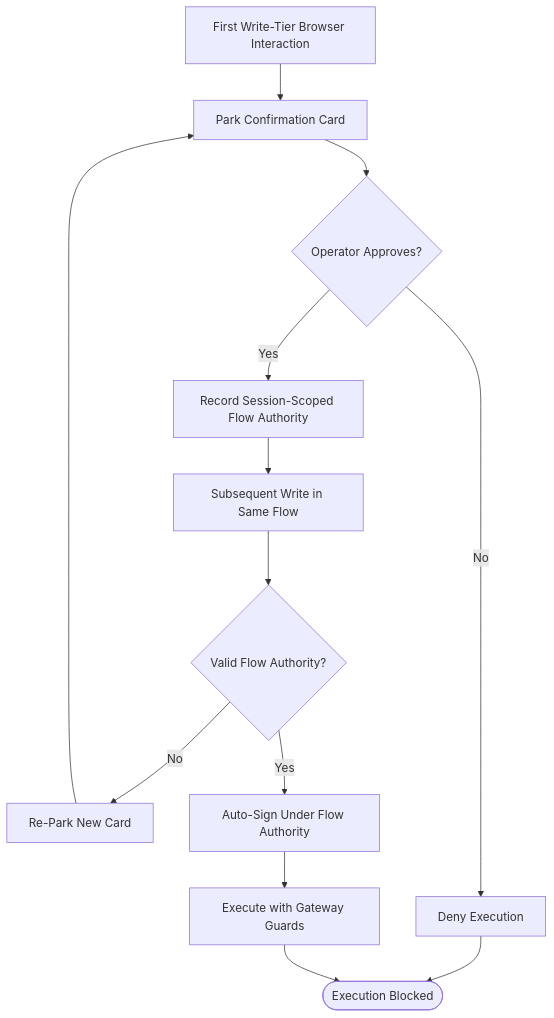
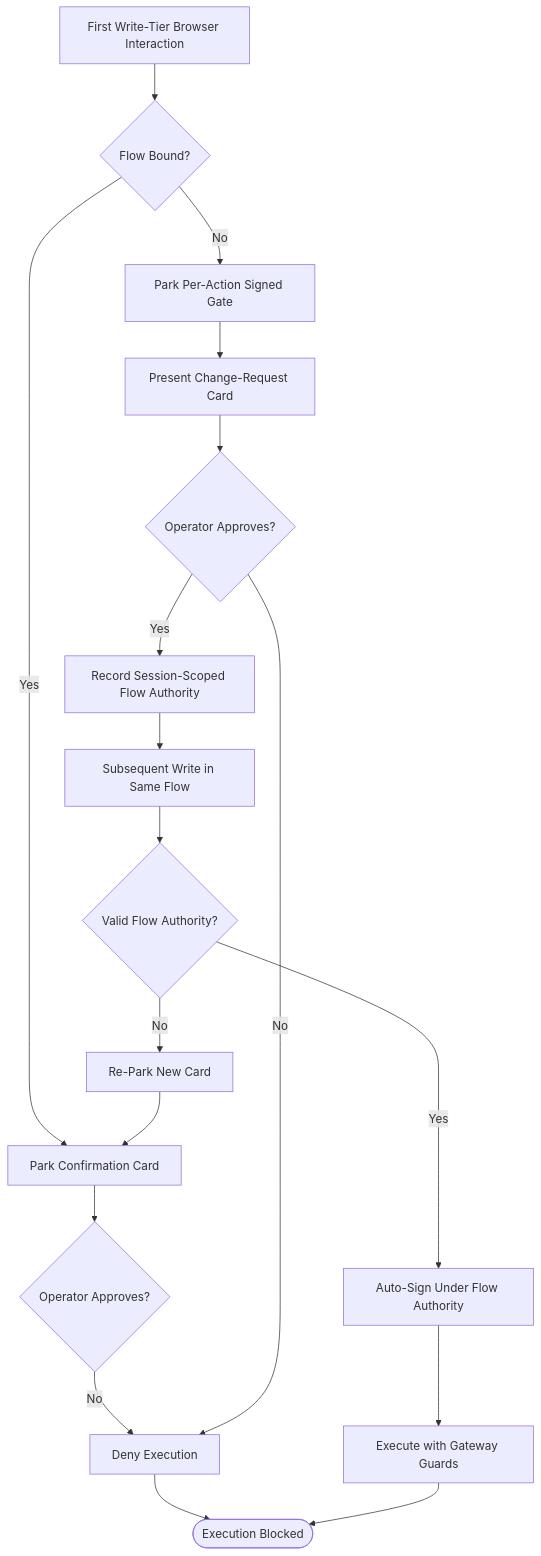
The eighth of 12 diagrams in .qoder/repowiki/en/content/Security Guide/Security Guide.md (metasync/luban-aiops), drawn with Mermaid before and after one commit. The commit also changed other lines of this file and 24 other files, not shown here.

````diff
--- a/.qoder/repowiki/en/content/Security Guide/Security Guide.md
+++ b/.qoder/repowiki/en/content/Security Guide/Security Guide.md
@@ -411,15 +468,20 @@
 ```mermaid
 flowchart TD
-FirstWrite["First Write-Tier Browser Interaction"] --> ParkCard["Park Confirmation Card"]
+FirstWrite["First Write-Tier Browser Interaction"] --> IsBound{"Flow Bound?"}
+IsBound --> |Yes| ParkCard["Park Confirmation Card"]
+IsBound --> |No| ParkPerAction["Park Per-Action Signed Gate"]
 ParkCard --> Approve{"Operator Approves?"}
+ParkPerAction --> ChangeRequest["Present Change-Request Card"]
 Approve --> |No| Deny["Deny Execution"]
-Approve --> |Yes| RecordAuthority["Record Session-Scoped Flow Authority"]
+ChangeRequest --> ApprovePerAction{"Operator Approves?"}
+ApprovePerAction --> |No| Deny
+ApprovePerAction --> |Yes| RecordAuthority["Record Session-Scoped Flow Authority"]
 RecordAuthority --> NextWrite["Subsequent Write in Same Flow"]
 NextWrite --> CheckAuthority{"Valid Flow Authority?"}
 CheckAuthority --> |No| RePark["Re-Park New Card"]
 CheckAuthority --> |Yes| AutoSign["Auto-Sign Under Flow Authority"]
 AutoSign --> Execute["Execute with Gateway Guards"]
 RePark --> ParkCard
 Deny --> End(["Execution Blocked"])
 Execute --> End
 ```
````
